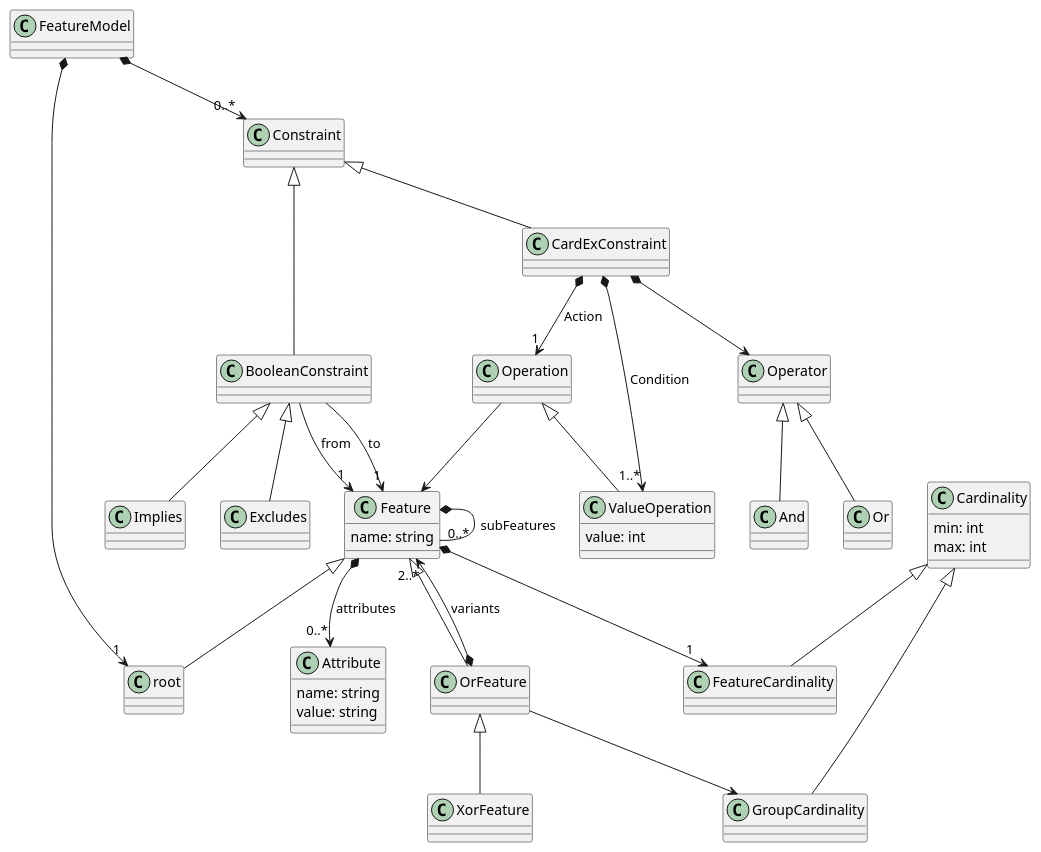
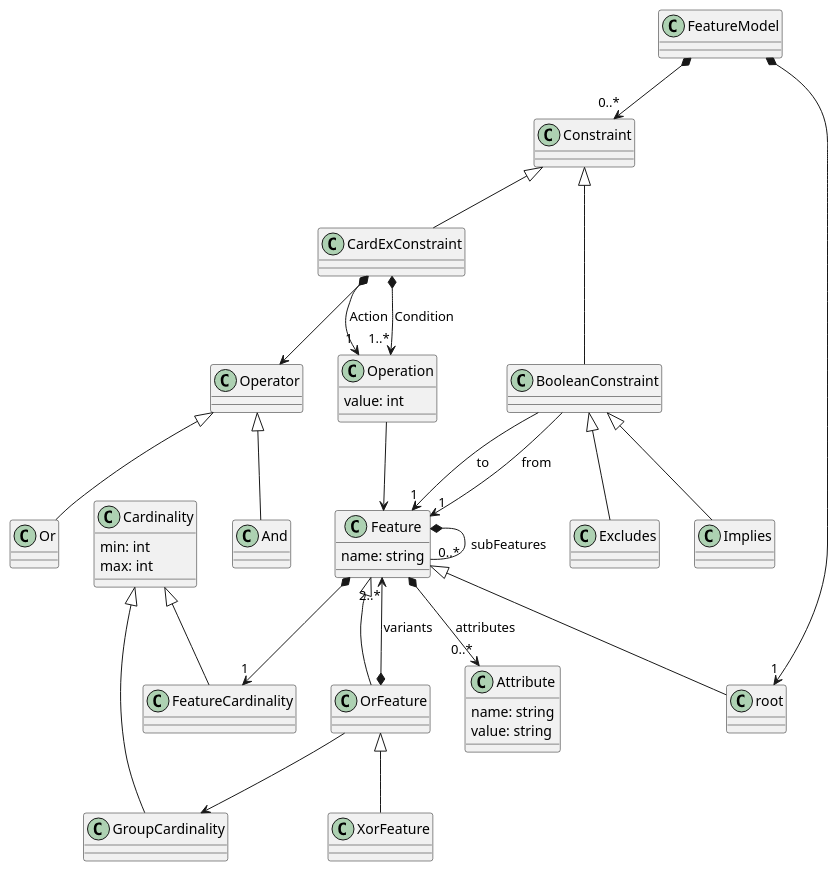
Before and after one commit to qunnn41/SFEA: the diagram in SFEA/metamodel.puml, drawn with PlantUML. The commit also changed 17 other files, not shown here.

```diff
--- a/SFEA/metamodel.puml
+++ b/SFEA/metamodel.puml
@@ -1,55 +1,54 @@
 @startuml
 
 FeatureModel *--> "1" root
 
 Feature <|-- root
 Feature *-- "0..*" Feature : subFeatures
 
 class Feature {
 name: string
 }
 
 Feature <|-- OrFeature
 OrFeature <|-- XorFeature
 
 class Cardinality {
 min: int
 max: int
 }
 
 Cardinality <|-- GroupCardinality
 Cardinality <|-- FeatureCardinality
 
 class Attribute {
 name: string
 value: string
 }
 
 Feature *--> "0..*" Attribute: attributes
 Feature *--> "1" FeatureCardinality
 OrFeature *--> "2..*" Feature : variants
 OrFeature --> GroupCardinality
 
 FeatureModel *--> "0..*" Constraint
 
 Constraint <|-- BooleanConstraint
 BooleanConstraint --> "1" Feature : from
 BooleanConstraint --> "1" Feature : to
 BooleanConstraint <|-- Implies
 BooleanConstraint <|-- Excludes
 Constraint <|-- CardExConstraint
 
 CardExConstraint *--> "1" Operation : Action
-CardExConstraint *--> "1..*" ValueOperation : Condition
+CardExConstraint *--> "1..*" Operation : Condition
 
-class ValueOperation {
+class Operation {
 value: int
 }
 
 CardExConstraint *--> Operator
 Operator <|-- And
 Operator <|-- Or
-Operation <|-- ValueOperation
 Operation --> Feature
 
 @enduml
```
